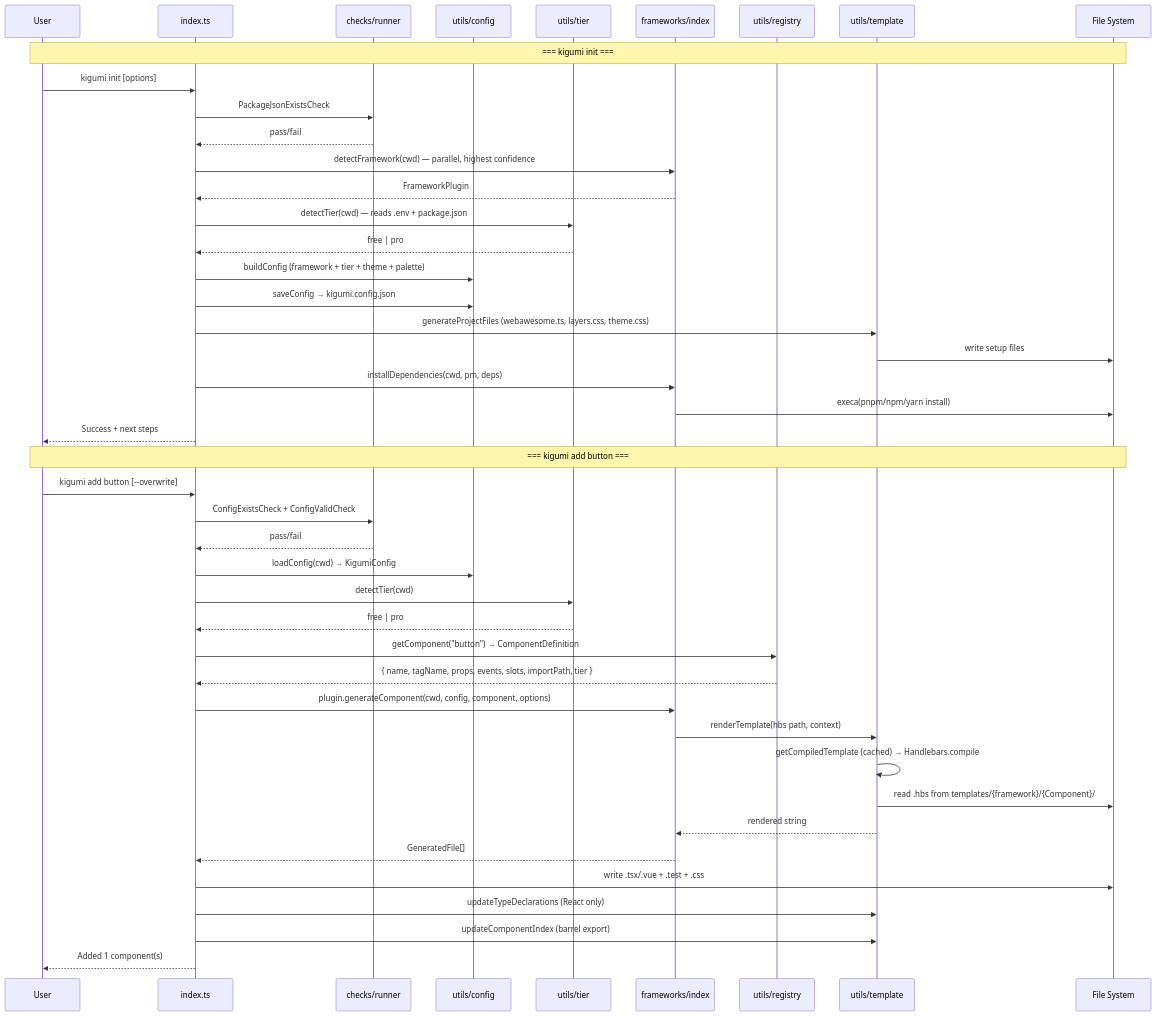
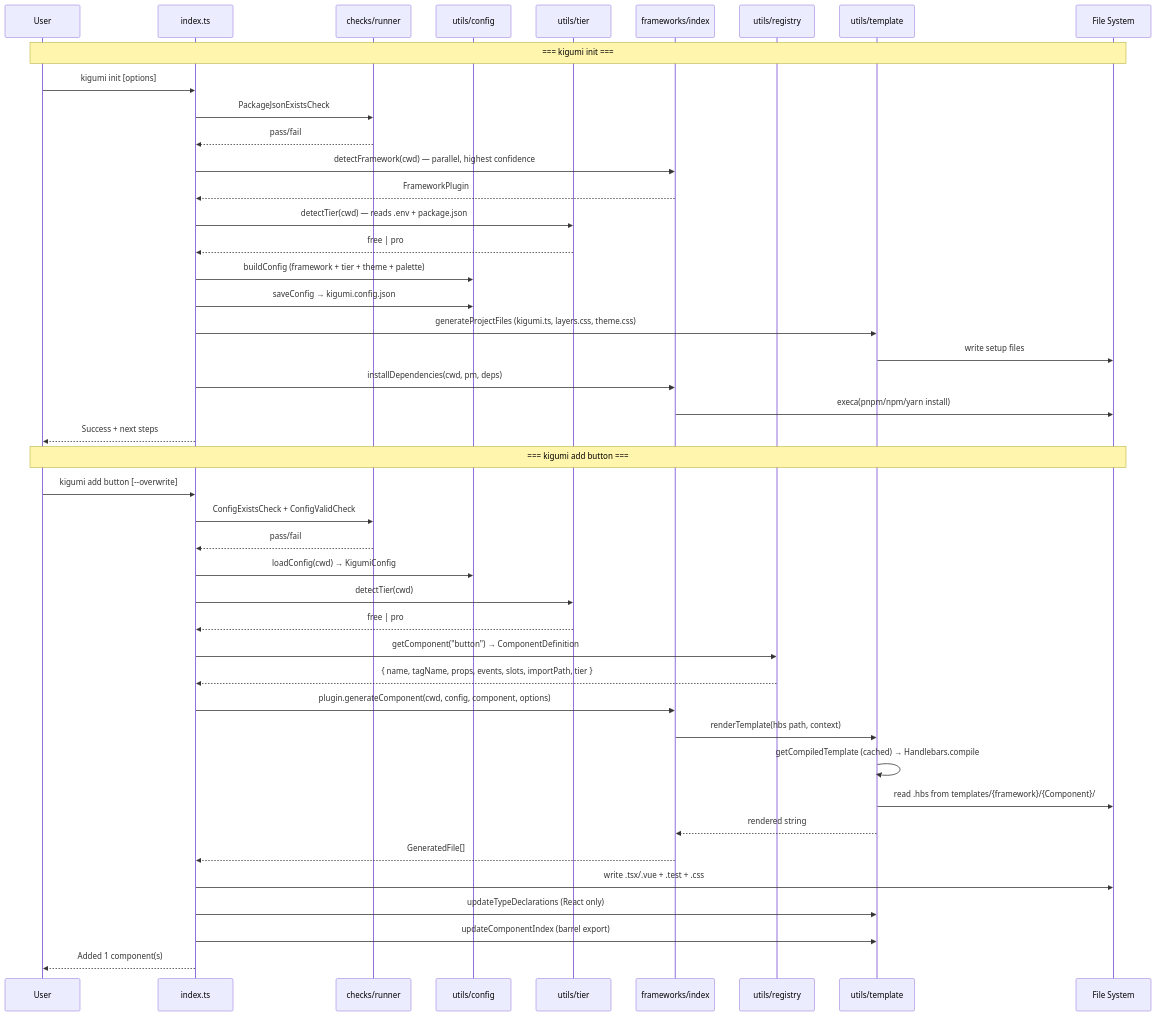
One commit to kigumi-ui/kigumi-cli changed the diagram in .claude/diagrams/command-flows.mmd. Above: the diagram before and after it, drawn with Mermaid. The commit also changed 314 other files, not shown here.

```diff
--- a/.claude/diagrams/command-flows.mmd
+++ b/.claude/diagrams/command-flows.mmd
@@ -1,46 +1,46 @@
 sequenceDiagram
     participant User
     participant CLI as index.ts
     participant Checks as checks/runner
     participant Config as utils/config
     participant Tier as utils/tier
     participant FW as frameworks/index
     participant Reg as utils/registry
     participant Tpl as utils/template
     participant FS as File System
 
     Note over User,FS: === kigumi init ===
     User->>CLI: kigumi init [options]
     CLI->>Checks: PackageJsonExistsCheck
     Checks-->>CLI: pass/fail
     CLI->>FW: detectFramework(cwd) — parallel, highest confidence
     FW-->>CLI: FrameworkPlugin
     CLI->>Tier: detectTier(cwd) — reads .env + package.json
     Tier-->>CLI: free | pro
     CLI->>Config: buildConfig (framework + tier + theme + palette)
     CLI->>Config: saveConfig → kigumi.config.json
-    CLI->>Tpl: generateProjectFiles (webawesome.ts, layers.css, theme.css)
+    CLI->>Tpl: generateProjectFiles (kigumi.ts, layers.css, theme.css)
     Tpl->>FS: write setup files
     CLI->>FW: installDependencies(cwd, pm, deps)
     FW->>FS: execa(pnpm/npm/yarn install)
     CLI-->>User: Success + next steps
 
     Note over User,FS: === kigumi add button ===
     User->>CLI: kigumi add button [--overwrite]
     CLI->>Checks: ConfigExistsCheck + ConfigValidCheck
     Checks-->>CLI: pass/fail
     CLI->>Config: loadConfig(cwd) → KigumiConfig
     CLI->>Tier: detectTier(cwd)
     Tier-->>CLI: free | pro
     CLI->>Reg: getComponent("button") → ComponentDefinition
     Reg-->>CLI: { name, tagName, props, events, slots, importPath, tier }
     CLI->>FW: plugin.generateComponent(cwd, config, component, options)
     FW->>Tpl: renderTemplate(hbs path, context)
     Tpl->>Tpl: getCompiledTemplate (cached) → Handlebars.compile
     Tpl->>FS: read .hbs from templates/{framework}/{Component}/
     Tpl-->>FW: rendered string
     FW-->>CLI: GeneratedFile[]
     CLI->>FS: write .tsx/.vue + .test + .css
     CLI->>Tpl: updateTypeDeclarations (React only)
     CLI->>Tpl: updateComponentIndex (barrel export)
     CLI-->>User: Added 1 component(s)
```
